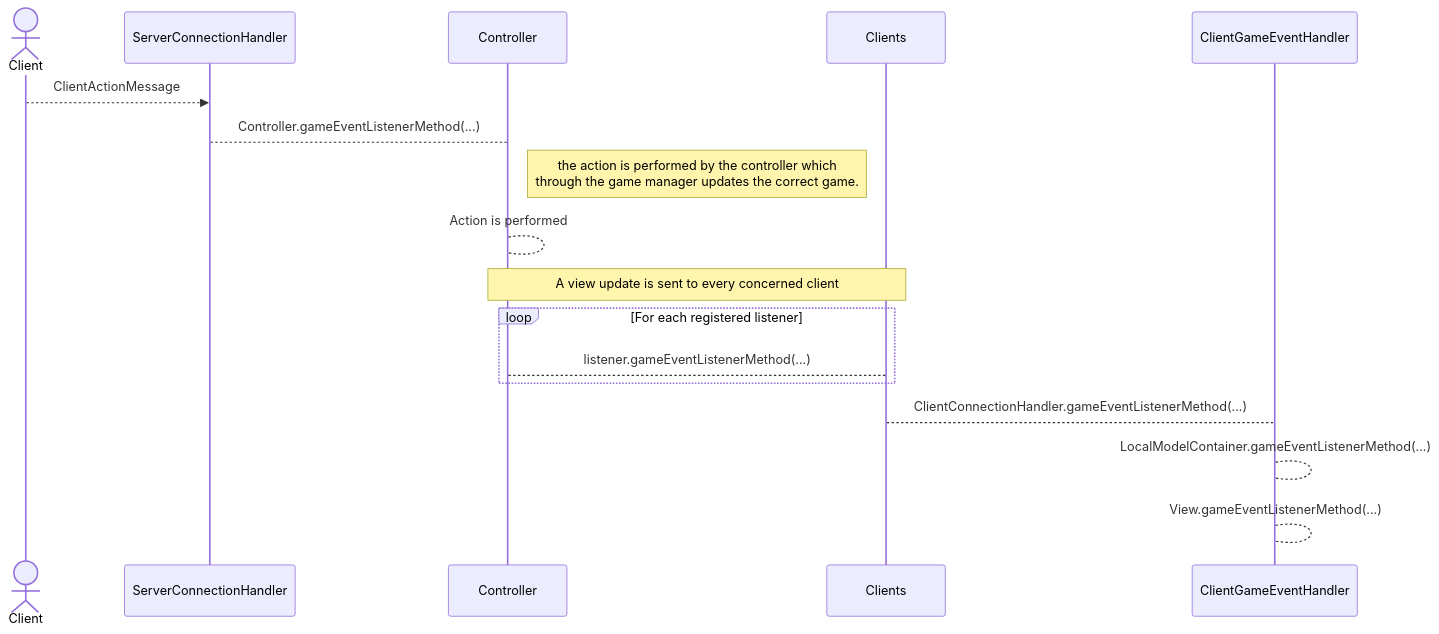
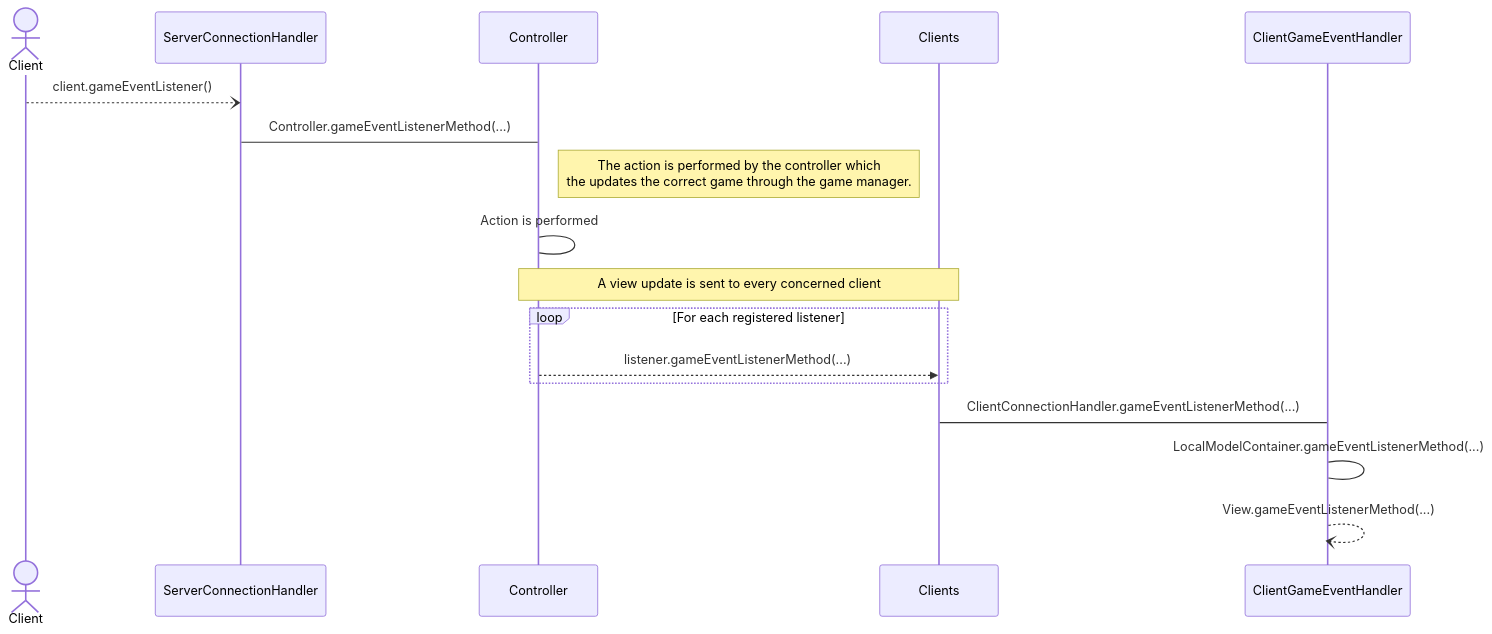
The first of 10 diagrams in documentation_wip/network_protocol.md (frephs/IS24-AM21), drawn with Mermaid before and after one commit. The commit also changed other lines of this file, not shown here.

Commit message:
fix: network docs up to game started

````diff
--- a/documentation_wip/network_protocol.md
+++ b/documentation_wip/network_protocol.md
@@ -16,16 +18,16 @@
 ```mermaid
 sequenceDiagram
 Actor Client 
-Client  -->> ServerConnectionHandler : ClientActionMessage
-ServerConnectionHandler --> Controller : Controller.gameEventListenerMethod(...)
-Note right of Controller: the action is performed by the controller which <br> through the game manager  updates the correct game. 
-Controller --> Controller : Action is performed 
+Client  --) ServerConnectionHandler : client.gameEventListener()
+ServerConnectionHandler -> Controller : Controller.gameEventListenerMethod(...)
+Note right of Controller: The action is performed by the controller which <br> the updates the correct game through the game manager. 
+Controller -> Controller : Action is performed 
 Note over Controller, Clients: A view update is sent to every concerned client
 loop For each registered listener
-Controller --> Clients: listener.gameEventListenerMethod(...)
+Controller -->> Clients: listener.gameEventListenerMethod(...)
 end
-Clients --> ClientGameEventHandler : ClientConnectionHandler.gameEventListenerMethod(...) 
-ClientGameEventHandler --> ClientGameEventHandler  : LocalModelContainer.gameEventListenerMethod(...)
-ClientGameEventHandler --> ClientGameEventHandler : View.gameEventListenerMethod(...)
+Clients -> ClientGameEventHandler : ClientConnectionHandler.gameEventListenerMethod(...) 
+ClientGameEventHandler -> ClientGameEventHandler  : LocalModelContainer.gameEventListenerMethod(...)
+ClientGameEventHandler --) ClientGameEventHandler : View.gameEventListenerMethod(...)
 
 ```
````
